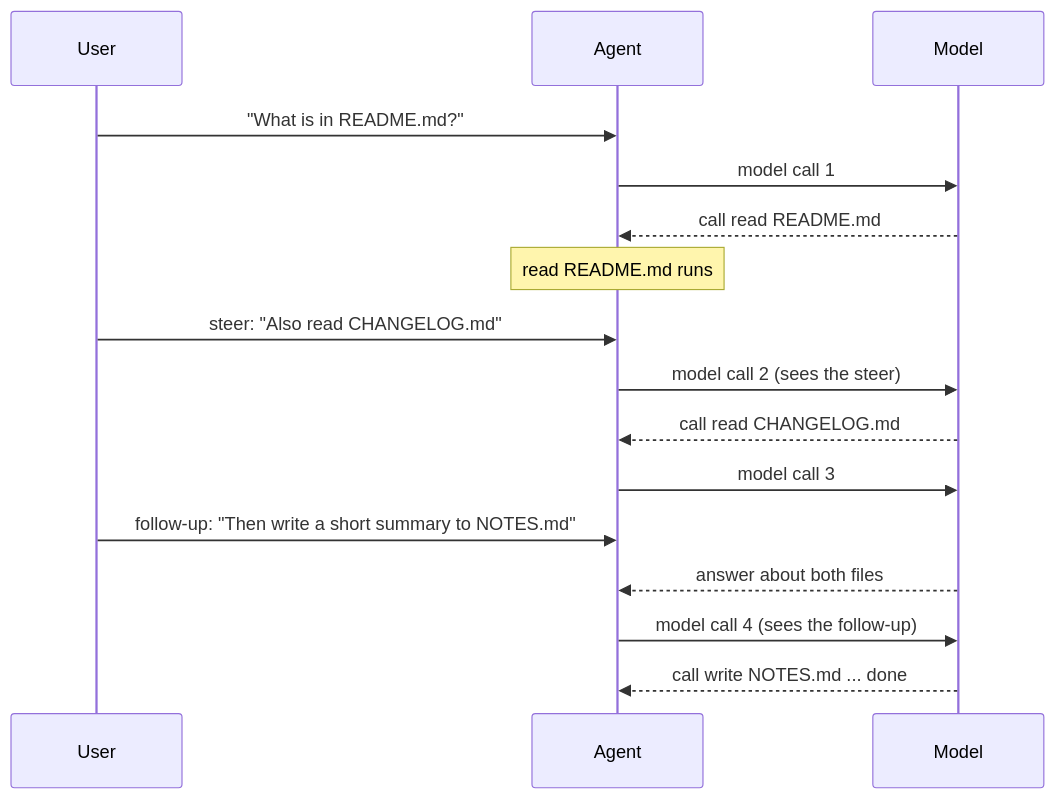
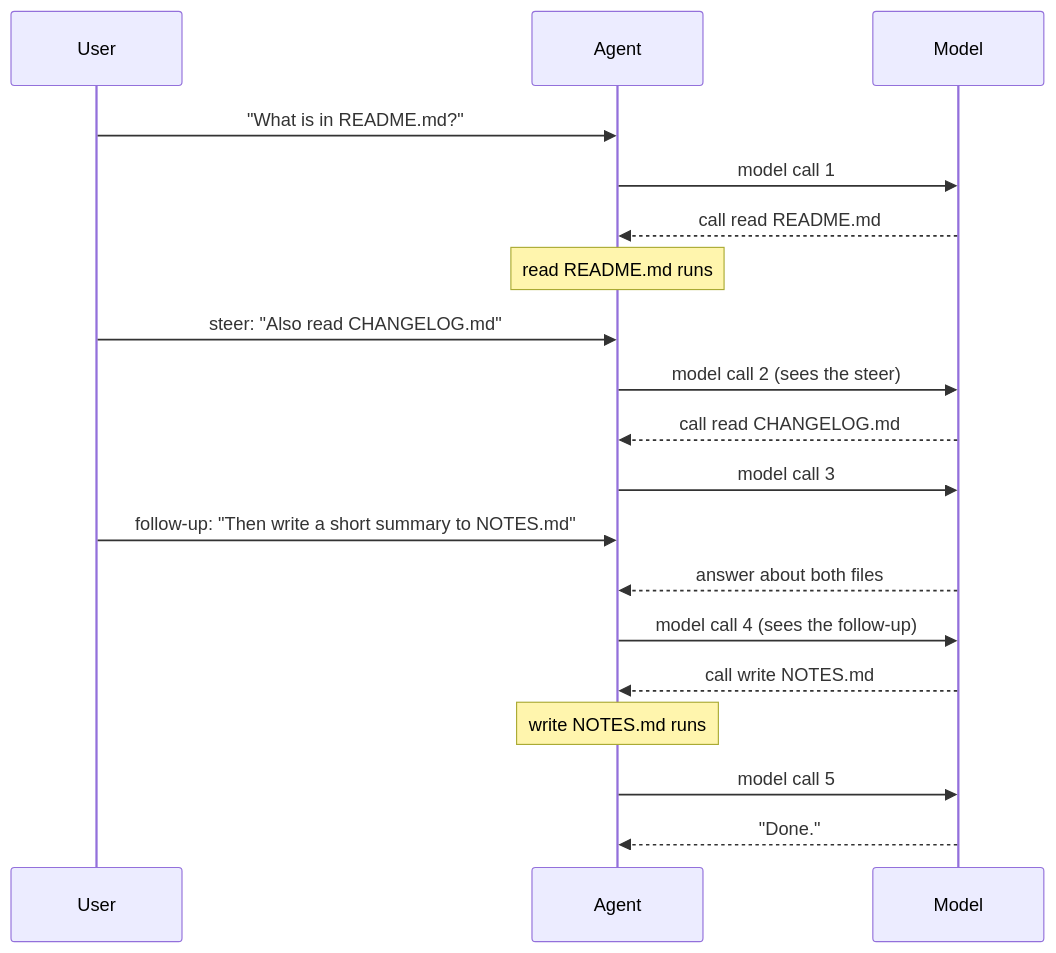
One commit to danhugo/simp-agent changed the second of 3 diagrams in docs/guidebook/07-steering.md. Above: the diagram before and after it, drawn with Mermaid. The commit also changed other lines of this file and 3 other files, not shown here.

Commit message:
docs(guidebook): ch07 steer/follow-up timeline picture

````diff
--- a/docs/guidebook/07-steering.md
+++ b/docs/guidebook/07-steering.md
@@ -20,18 +20,21 @@
 ```mermaid
 sequenceDiagram
     participant U as User
     participant A as Agent
     participant M as Model
     U->>A: "What is in README.md?"
     A->>M: model call 1
     M-->>A: call read README.md
     Note over A: read README.md runs
     U->>A: steer: "Also read CHANGELOG.md"
     A->>M: model call 2 (sees the steer)
     M-->>A: call read CHANGELOG.md
     A->>M: model call 3
     U->>A: follow-up: "Then write a short summary to NOTES.md"
     M-->>A: answer about both files
     A->>M: model call 4 (sees the follow-up)
-    M-->>A: call write NOTES.md ... done
+    M-->>A: call write NOTES.md
+    Note over A: write NOTES.md runs
+    A->>M: model call 5
+    M-->>A: "Done."
 ```
````
